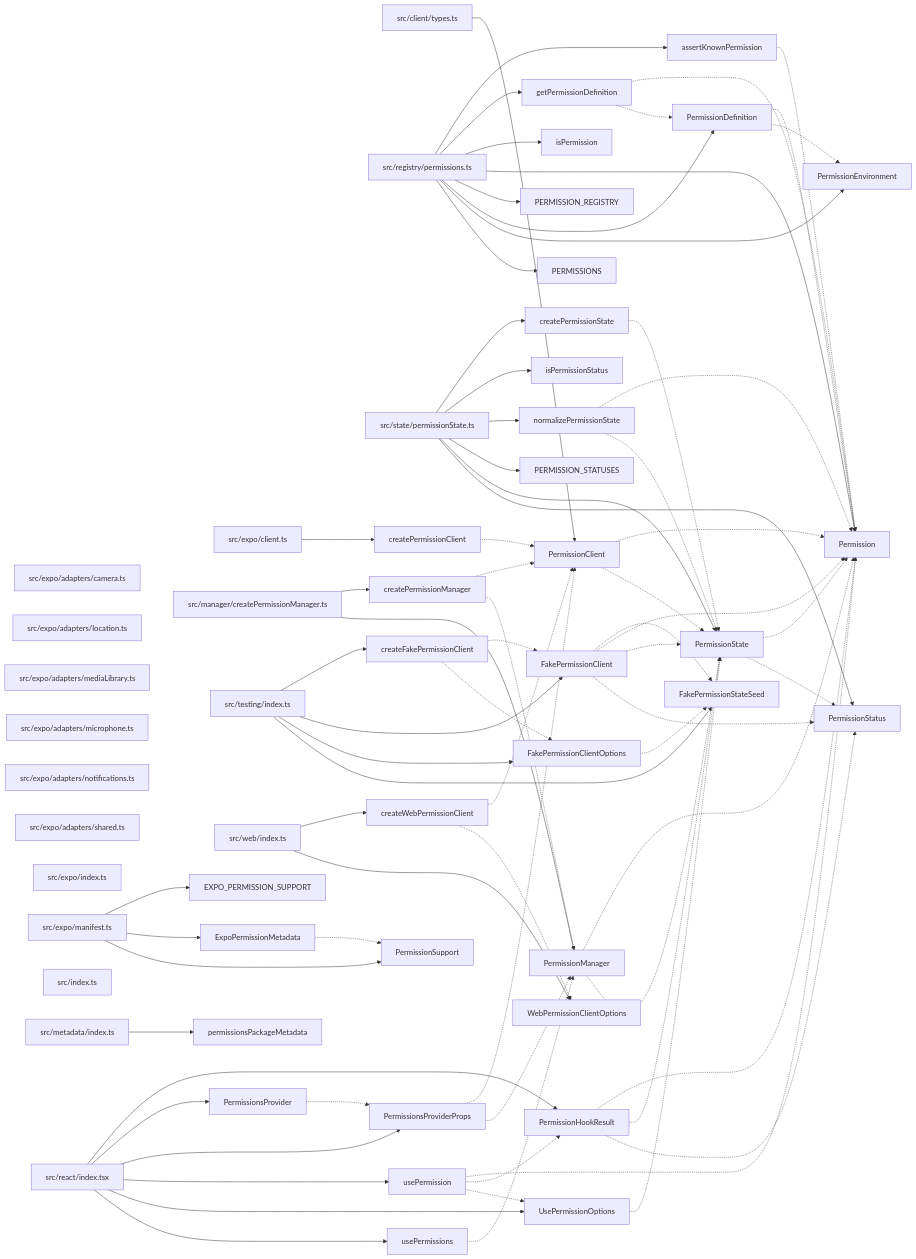
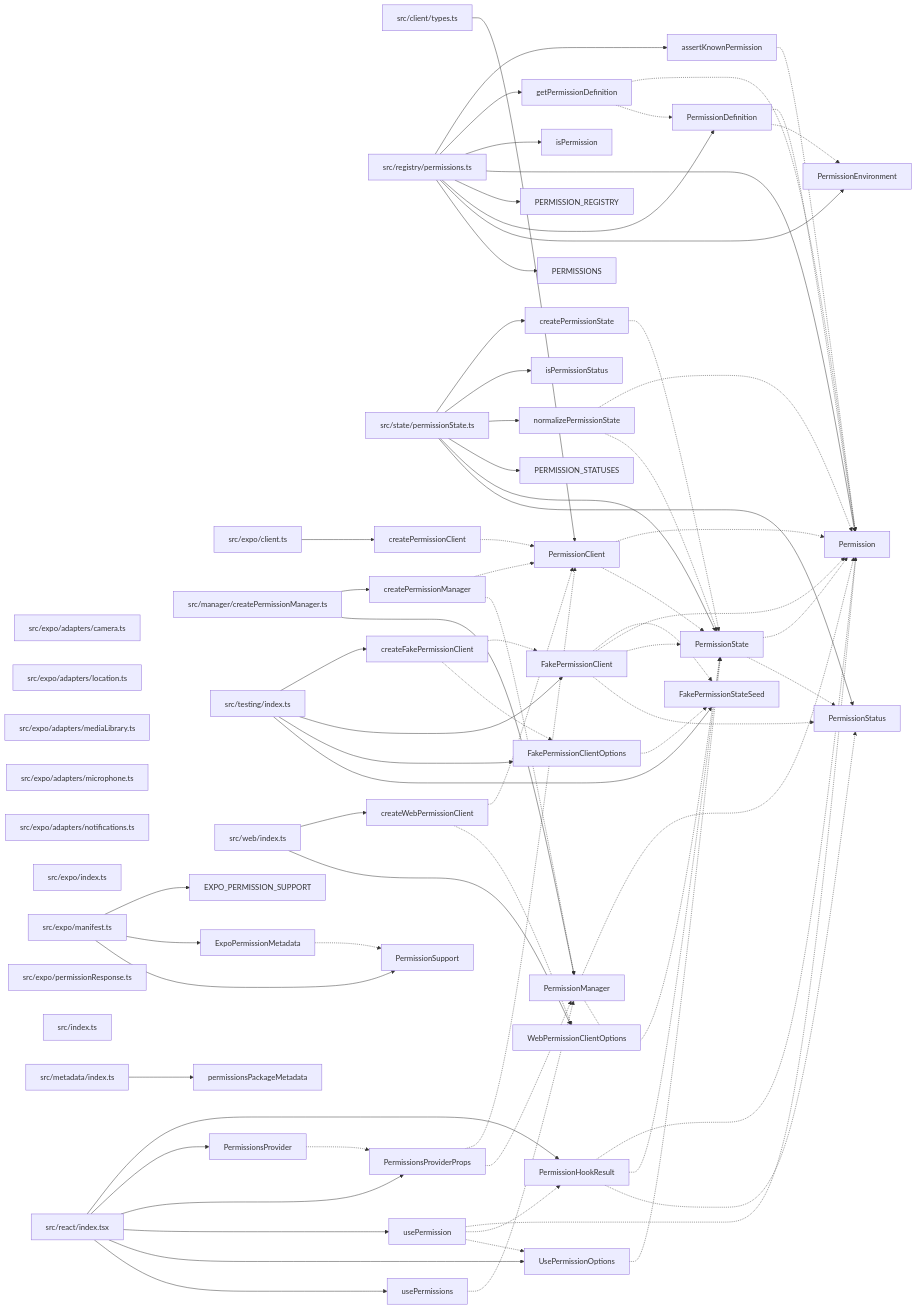
One commit to ankhorage/permissions changed the diagram in paradox/diagrams/export-graph.mmd. Above: the diagram before and after it, drawn with Mermaid. The commit also changed 4 other files, not shown here.

```diff
--- a/paradox/diagrams/export-graph.mmd
+++ b/paradox/diagrams/export-graph.mmd
@@ -1,125 +1,125 @@
 graph LR
   module_src_client_types_ts["src/client/types.ts"]
   module_src_expo_adapters_camera_ts["src/expo/adapters/camera.ts"]
   module_src_expo_adapters_location_ts["src/expo/adapters/location.ts"]
   module_src_expo_adapters_mediaLibrary_ts["src/expo/adapters/mediaLibrary.ts"]
   module_src_expo_adapters_microphone_ts["src/expo/adapters/microphone.ts"]
   module_src_expo_adapters_notifications_ts["src/expo/adapters/notifications.ts"]
-  module_src_expo_adapters_shared_ts["src/expo/adapters/shared.ts"]
   module_src_expo_client_ts["src/expo/client.ts"]
   module_src_expo_index_ts["src/expo/index.ts"]
   module_src_expo_manifest_ts["src/expo/manifest.ts"]
+  module_src_expo_permissionResponse_ts["src/expo/permissionResponse.ts"]
   module_src_index_ts["src/index.ts"]
   module_src_manager_createPermissionManager_ts["src/manager/createPermissionManager.ts"]
   module_src_metadata_index_ts["src/metadata/index.ts"]
   module_src_react_index_tsx["src/react/index.tsx"]
   module_src_registry_permissions_ts["src/registry/permissions.ts"]
   module_src_state_permissionState_ts["src/state/permissionState.ts"]
   module_src_testing_index_ts["src/testing/index.ts"]
   module_src_web_index_ts["src/web/index.ts"]
   export_assertKnownPermission["assertKnownPermission"]
   module_src_registry_permissions_ts --> export_assertKnownPermission
   export_assertKnownPermission -.-> export_Permission
   export_createFakePermissionClient["createFakePermissionClient"]
   module_src_testing_index_ts --> export_createFakePermissionClient
   export_createFakePermissionClient -.-> export_FakePermissionClient
   export_createFakePermissionClient -.-> export_FakePermissionClientOptions
   export_createPermissionClient["createPermissionClient"]
   module_src_expo_client_ts --> export_createPermissionClient
   export_createPermissionClient -.-> export_PermissionClient
   export_createPermissionManager["createPermissionManager"]
   module_src_manager_createPermissionManager_ts --> export_createPermissionManager
   export_createPermissionManager -.-> export_PermissionClient
   export_createPermissionManager -.-> export_PermissionManager
   export_createPermissionState["createPermissionState"]
   module_src_state_permissionState_ts --> export_createPermissionState
   export_createPermissionState -.-> export_PermissionState
   export_createWebPermissionClient["createWebPermissionClient"]
   module_src_web_index_ts --> export_createWebPermissionClient
   export_createWebPermissionClient -.-> export_PermissionClient
   export_createWebPermissionClient -.-> export_WebPermissionClientOptions
   export_EXPO_PERMISSION_SUPPORT["EXPO_PERMISSION_SUPPORT"]
   module_src_expo_manifest_ts --> export_EXPO_PERMISSION_SUPPORT
   export_ExpoPermissionMetadata["ExpoPermissionMetadata"]
   module_src_expo_manifest_ts --> export_ExpoPermissionMetadata
   export_ExpoPermissionMetadata -.-> export_PermissionSupport
   export_FakePermissionClient["FakePermissionClient"]
   module_src_testing_index_ts --> export_FakePermissionClient
   export_FakePermissionClient -.-> export_FakePermissionStateSeed
   export_FakePermissionClient -.-> export_Permission
   export_FakePermissionClient -.-> export_PermissionState
   export_FakePermissionClient -.-> export_PermissionStatus
   export_FakePermissionClientOptions["FakePermissionClientOptions"]
   module_src_testing_index_ts --> export_FakePermissionClientOptions
   export_FakePermissionClientOptions -.-> export_FakePermissionStateSeed
   export_FakePermissionStateSeed["FakePermissionStateSeed"]
   module_src_testing_index_ts --> export_FakePermissionStateSeed
   export_getPermissionDefinition["getPermissionDefinition"]
   module_src_registry_permissions_ts --> export_getPermissionDefinition
   export_getPermissionDefinition -.-> export_Permission
   export_getPermissionDefinition -.-> export_PermissionDefinition
   export_isPermission["isPermission"]
   module_src_registry_permissions_ts --> export_isPermission
   export_isPermissionStatus["isPermissionStatus"]
   module_src_state_permissionState_ts --> export_isPermissionStatus
   export_normalizePermissionState["normalizePermissionState"]
   module_src_state_permissionState_ts --> export_normalizePermissionState
   export_normalizePermissionState -.-> export_Permission
   export_normalizePermissionState -.-> export_PermissionState
   export_Permission["Permission"]
   module_src_registry_permissions_ts --> export_Permission
   export_PERMISSION_REGISTRY["PERMISSION_REGISTRY"]
   module_src_registry_permissions_ts --> export_PERMISSION_REGISTRY
   export_PERMISSION_STATUSES["PERMISSION_STATUSES"]
   module_src_state_permissionState_ts --> export_PERMISSION_STATUSES
   export_PermissionClient["PermissionClient"]
   module_src_client_types_ts --> export_PermissionClient
   export_PermissionClient -.-> export_Permission
   export_PermissionClient -.-> export_PermissionState
   export_PermissionDefinition["PermissionDefinition"]
   module_src_registry_permissions_ts --> export_PermissionDefinition
   export_PermissionDefinition -.-> export_Permission
   export_PermissionDefinition -.-> export_PermissionEnvironment
   export_PermissionEnvironment["PermissionEnvironment"]
   module_src_registry_permissions_ts --> export_PermissionEnvironment
   export_PermissionHookResult["PermissionHookResult"]
   module_src_react_index_tsx --> export_PermissionHookResult
   export_PermissionHookResult -.-> export_Permission
   export_PermissionHookResult -.-> export_PermissionState
   export_PermissionHookResult -.-> export_PermissionStatus
   export_PermissionManager["PermissionManager"]
   module_src_manager_createPermissionManager_ts --> export_PermissionManager
   export_PermissionManager -.-> export_Permission
   export_PermissionManager -.-> export_PermissionState
   export_PERMISSIONS["PERMISSIONS"]
   module_src_registry_permissions_ts --> export_PERMISSIONS
   export_permissionsPackageMetadata["permissionsPackageMetadata"]
   module_src_metadata_index_ts --> export_permissionsPackageMetadata
   export_PermissionsProvider["PermissionsProvider"]
   module_src_react_index_tsx --> export_PermissionsProvider
   export_PermissionsProvider -.-> export_PermissionsProviderProps
   export_PermissionsProviderProps["PermissionsProviderProps"]
   module_src_react_index_tsx --> export_PermissionsProviderProps
   export_PermissionsProviderProps -.-> export_PermissionClient
   export_PermissionsProviderProps -.-> export_PermissionManager
   export_PermissionState["PermissionState"]
   module_src_state_permissionState_ts --> export_PermissionState
   export_PermissionState -.-> export_Permission
   export_PermissionState -.-> export_PermissionStatus
   export_PermissionStatus["PermissionStatus"]
   module_src_state_permissionState_ts --> export_PermissionStatus
   export_PermissionSupport["PermissionSupport"]
   module_src_expo_manifest_ts --> export_PermissionSupport
   export_usePermission["usePermission"]
   module_src_react_index_tsx --> export_usePermission
   export_usePermission -.-> export_Permission
   export_usePermission -.-> export_PermissionHookResult
   export_usePermission -.-> export_UsePermissionOptions
   export_UsePermissionOptions["UsePermissionOptions"]
   module_src_react_index_tsx --> export_UsePermissionOptions
   export_UsePermissionOptions -.-> export_PermissionState
   export_usePermissions["usePermissions"]
   module_src_react_index_tsx --> export_usePermissions
   export_usePermissions -.-> export_PermissionManager
   export_WebPermissionClientOptions["WebPermissionClientOptions"]
   module_src_web_index_ts --> export_WebPermissionClientOptions
```
